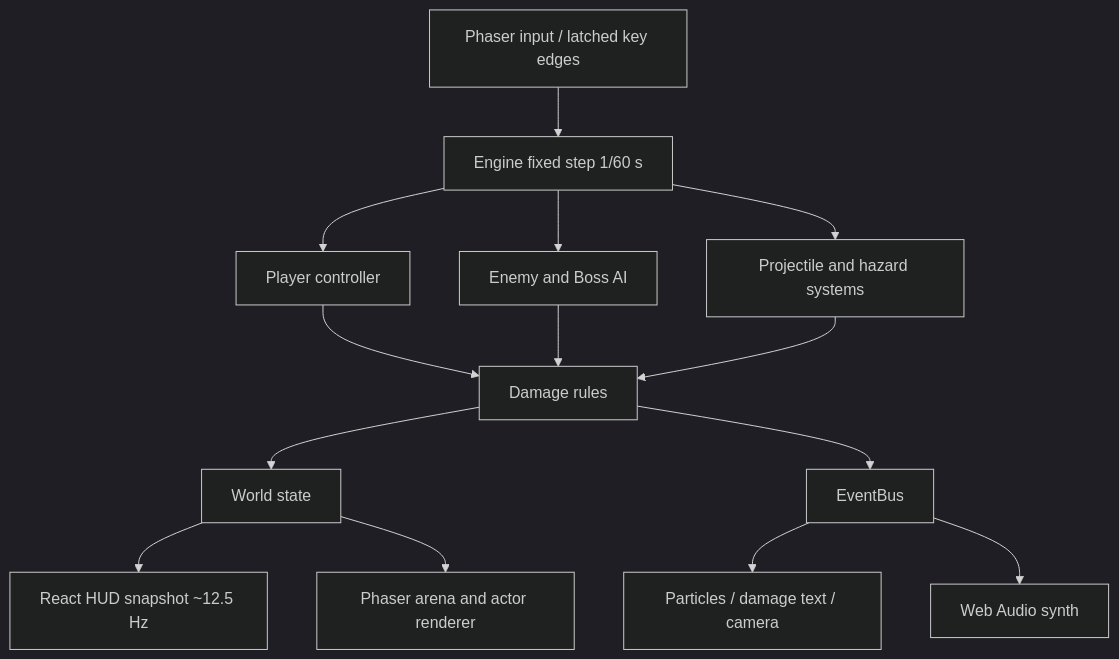
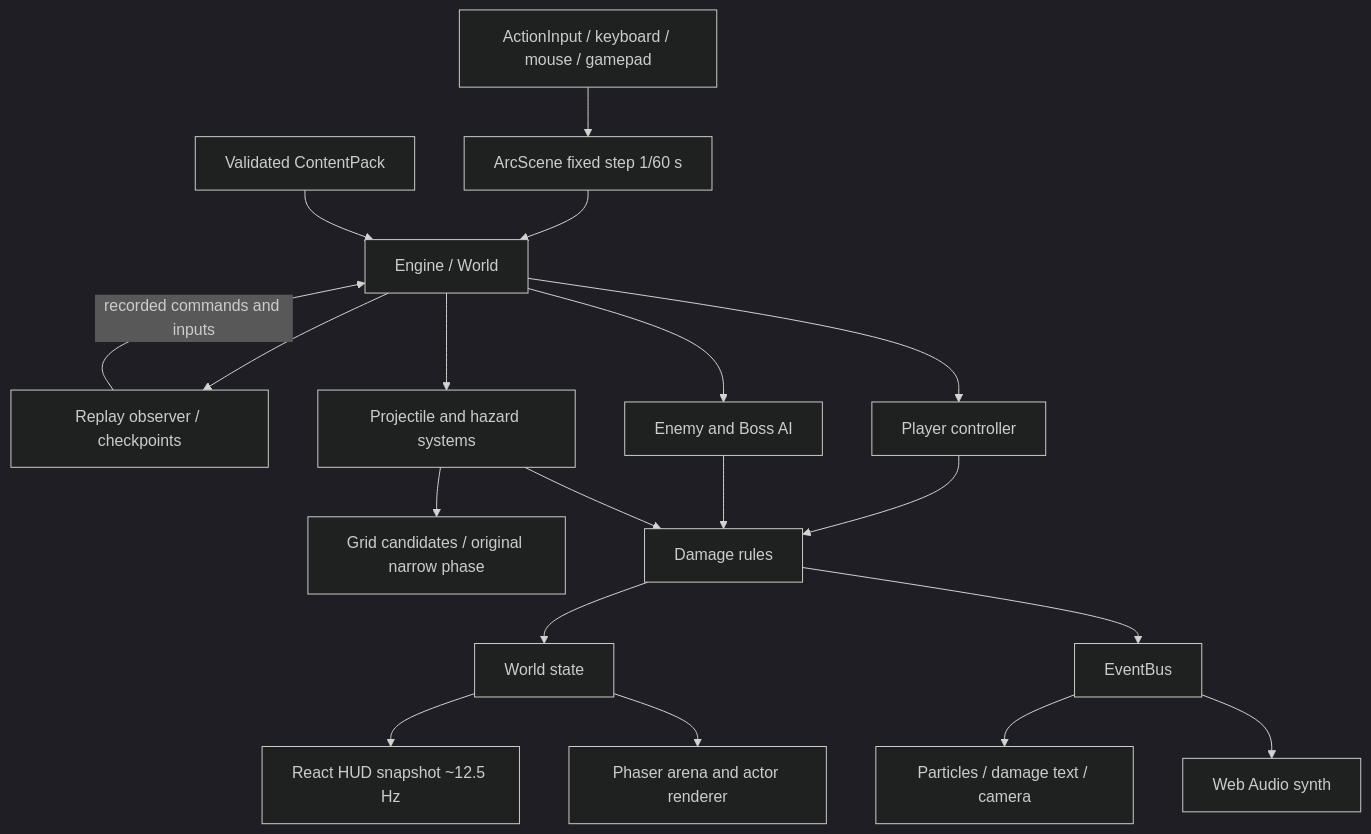
Before and after one commit to QiQiyzhu/arc-shift: the first of 3 diagrams in docs/architecture.md, drawn with Mermaid (dark theme). The commit also changed other lines of this file and 66 other files, not shown here.

````diff
--- a/docs/architecture.md
+++ b/docs/architecture.md
@@ -7,16 +7,21 @@
 ```mermaid
 flowchart TD
-  A[Phaser input / latched key edges] --> B[Engine fixed step 1/60 s]
-  B --> C[Player controller]
-  B --> D[Enemy and Boss AI]
-  B --> E[Projectile and hazard systems]
+  A[ActionInput / keyboard / mouse / gamepad] --> B[ArcScene fixed step 1/60 s]
+  B --> Core[Engine / World]
+  Content[Validated ContentPack] --> Core
+  Core --> Replay[Replay observer / checkpoints]
+  Replay -->|recorded commands and inputs| Core
+  Core --> C[Player controller]
+  Core --> D[Enemy and Boss AI]
+  Core --> E[Projectile and hazard systems]
+  E --> Grid[Grid candidates / original narrow phase]
   C --> F[Damage rules]
   D --> F
   E --> F
   F --> G[World state]
   F --> H[EventBus]
   H --> I[Particles / damage text / camera]
   H --> J[Web Audio synth]
   G --> K[React HUD snapshot ~12.5 Hz]
   G --> L[Phaser arena and actor renderer]
 ```
````
